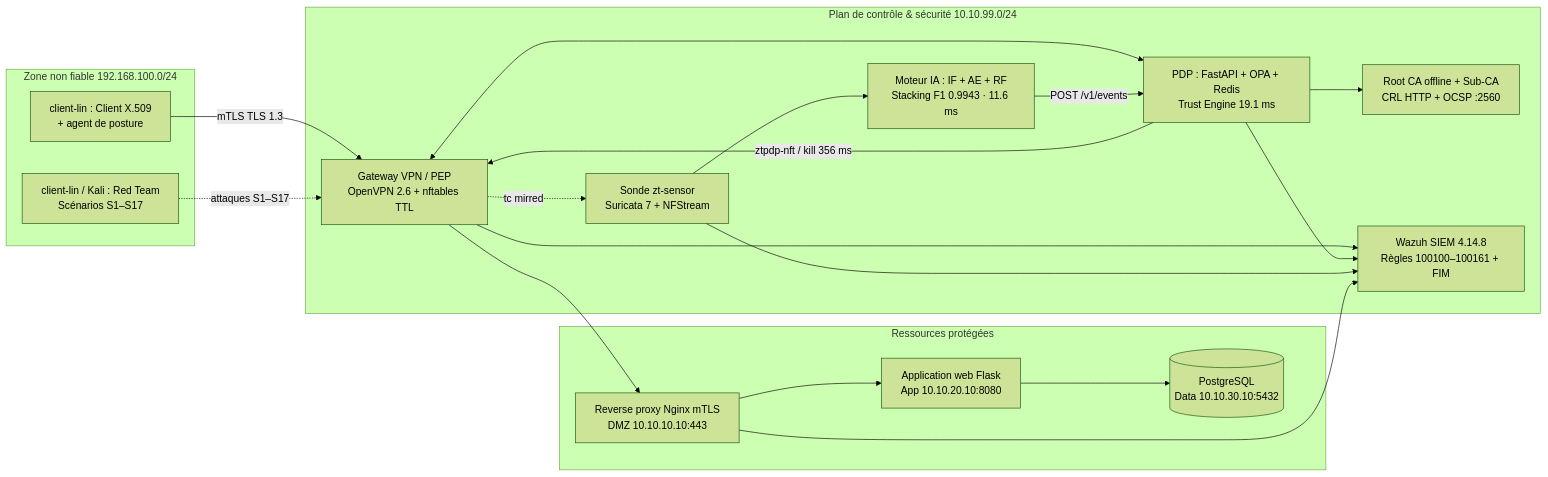
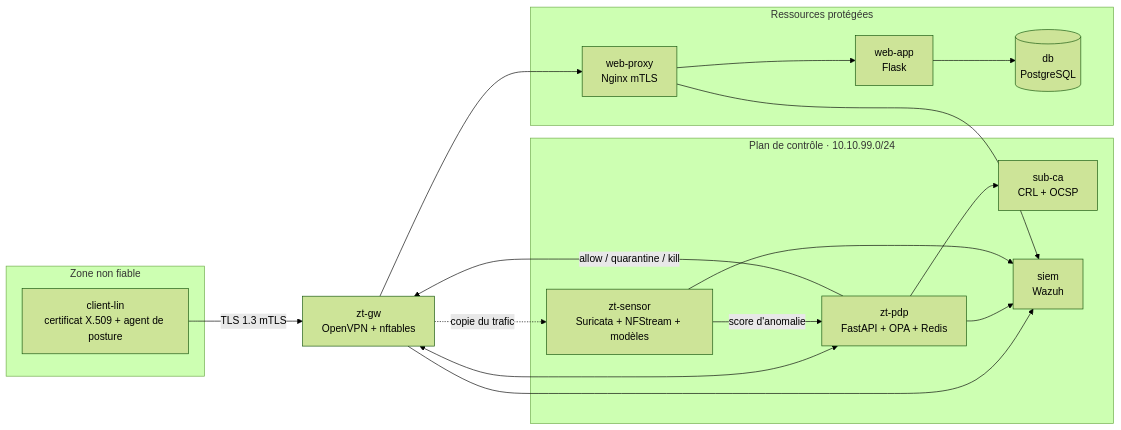
Before and after one commit to Ahmed1-Rebai/ZT-PKI-AI: the diagram in README.md, drawn with Mermaid (forest theme). The commit also changed other lines of this file and 105 other files, not shown here.

````diff
--- a/README.md
+++ b/README.md
@@ -33,29 +27,25 @@
 ```mermaid
 flowchart LR
-  subgraph UNTRUSTED[Zone non fiable 192.168.100.0/24]
-    C[client-lin : Client X.509<br/>+ agent de posture]
-    A[client-lin / Kali : Red Team<br/>Scénarios S1–S17]
+  subgraph UNTRUSTED[Zone non fiable]
+    C[client-lin<br/>certificat X.509 + agent de posture]
   end
-  subgraph CORE[Plan de contrôle & sécurité 10.10.99.0/24]
-    GW[Gateway VPN / PEP<br/>OpenVPN 2.6 + nftables TTL]
-    PDP[PDP : FastAPI + OPA + Redis<br/>Trust Engine 19.1 ms]
-    CA[Root CA offline + Sub-CA<br/>CRL HTTP + OCSP :2560]
-    SENS[Sonde zt-sensor<br/>Suricata 7 + NFStream]
-    AI[Moteur IA : IF + AE + RF<br/>Stacking F1 0.9943 · 11.6 ms]
-    SIEM[Wazuh SIEM 4.14.8<br/>Règles 100100–100161 + FIM]
+  subgraph MGMT[Plan de contrôle · 10.10.99.0/24]
+    PDP[zt-pdp<br/>FastAPI + OPA + Redis]
+    CA[sub-ca<br/>CRL + OCSP]
+    SENS[zt-sensor<br/>Suricata + NFStream + modèles]
+    SIEM[siem<br/>Wazuh]
   end
   subgraph RES[Ressources protégées]
-    PX[Reverse proxy Nginx mTLS<br/>DMZ 10.10.10.10:443]
-    APP[Application web Flask<br/>App 10.10.20.10:8080]
-    DB[(PostgreSQL<br/>Data 10.10.30.10:5432)]
+    PX[web-proxy<br/>Nginx mTLS]
+    APP[web-app<br/>Flask]
+    DB[(db<br/>PostgreSQL)]
   end
-  C -- mTLS TLS 1.3 --> GW
-  A -. attaques S1–S17 .-> GW
+  C -- TLS 1.3 mTLS --> GW[zt-gw<br/>OpenVPN + nftables]
   GW <--> PDP
   PDP --> CA
   GW --> PX --> APP --> DB
-  GW -. tc mirred .-> SENS --> AI
-  AI -- POST /v1/events --> PDP
-  PDP -- ztpdp-nft / kill 356 ms --> GW
+  GW -. copie du trafic .-> SENS
+  SENS -- score d'anomalie --> PDP
+  PDP -- allow / quarantine / kill --> GW
   GW & PDP & SENS & PX --> SIEM
 ```
````
